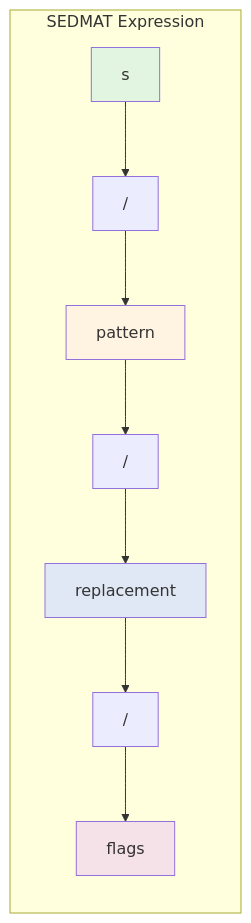
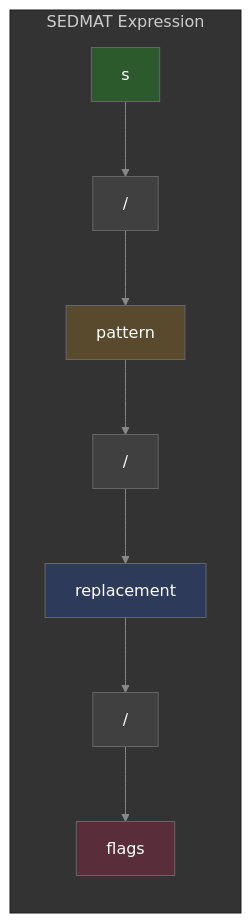
Before and after one commit to visionik/sedmat: the first of 8 diagrams in README.md, drawn with Mermaid. The commit also changed other lines of this file, not shown here.

First line of the commit message:
fix: escape special chars in Mermaid diagrams and apply dark theme

````diff
--- a/README.md
+++ b/README.md
@@ -55,16 +55,17 @@
 ```mermaid
+%%{init: {'theme': 'base', 'themeVariables': { 'primaryColor': '#404040', 'primaryTextColor': '#ffffff', 'primaryBorderColor': '#666666', 'lineColor': '#888888', 'secondaryColor': '#505050', 'tertiaryColor': '#333333', 'background': '#1a1a1a' }}}%%
 graph LR
     subgraph "SEDMAT Expression"
         CMD[s] --> SEP1["/"]
         SEP1 --> PAT["pattern"]
         PAT --> SEP2["/"]
         SEP2 --> REP["replacement"]
         REP --> SEP3["/"]
         SEP3 --> FLAGS["flags"]
     end
     
-    style CMD fill:#e1f5e1
-    style PAT fill:#fff4e1
-    style REP fill:#e1e8f5
-    style FLAGS fill:#f5e1e8
+    style CMD fill:#2d5a2d,color:#ffffff
+    style PAT fill:#5a4a2d,color:#ffffff
+    style REP fill:#2d3a5a,color:#ffffff
+    style FLAGS fill:#5a2d3a,color:#ffffff
 ```
````
